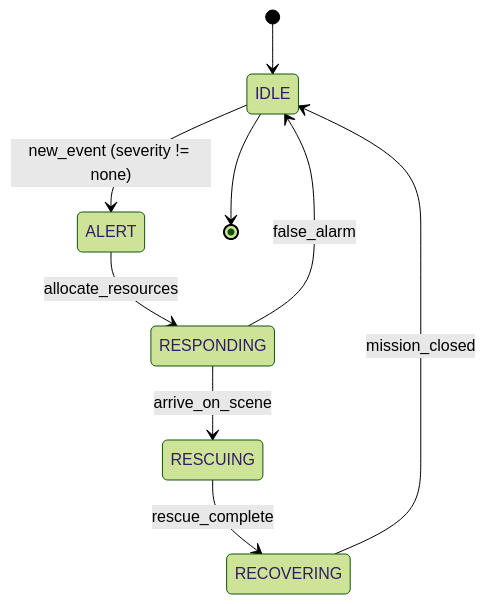
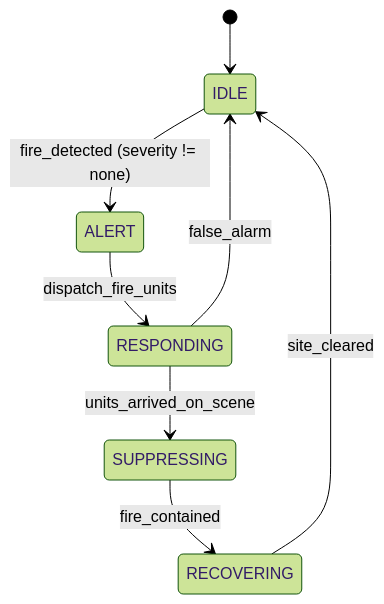
The diagram in lab3/fsm_diagram.mmd (bakorx/intelligent-agents-dcit403), drawn with Mermaid (forest theme) before and after one commit. The commit also changed 10 other files, not shown here.

```diff
--- a/lab3/fsm_diagram.mmd
+++ b/lab3/fsm_diagram.mmd
@@ -1,14 +1,14 @@
 stateDiagram-v2
     [*] --> IDLE
-    IDLE --> ALERT : new_event (severity != none)
-    ALERT --> RESPONDING : allocate_resources
-    RESPONDING --> RESCUING : arrive_on_scene
+    IDLE --> ALERT : fire_detected (severity != none)
+    ALERT --> RESPONDING : dispatch_fire_units
+    RESPONDING --> SUPPRESSING : units_arrived_on_scene
     RESPONDING --> IDLE : false_alarm
-    RESCUING --> RECOVERING : rescue_complete
-    RECOVERING --> IDLE : mission_closed
-    IDLE --> [*]
+    SUPPRESSING --> RECOVERING : fire_contained
+    RECOVERING --> IDLE : site_cleared
 
     %% Notes:
-    %% - Events come from `event_logs.txt` (sensor reports).
-    %% - Decisions (allocate_resources, arrive_on_scene, etc.) are made
-    %%   by the reactive agent in `lab3_agent.py` based on severity/damage.
+    %% - Fire events come from `event_logs.txt` (sensor reports).
+    %% - Fields: severity, damage, fire_type, location, spread_rate, casualties
+    %% - Rapid response triggered when spread_rate >= 5.0 m/min or damage >= 70
+    %% - Suppression reduces damage by a simulated 20–60 points
```
